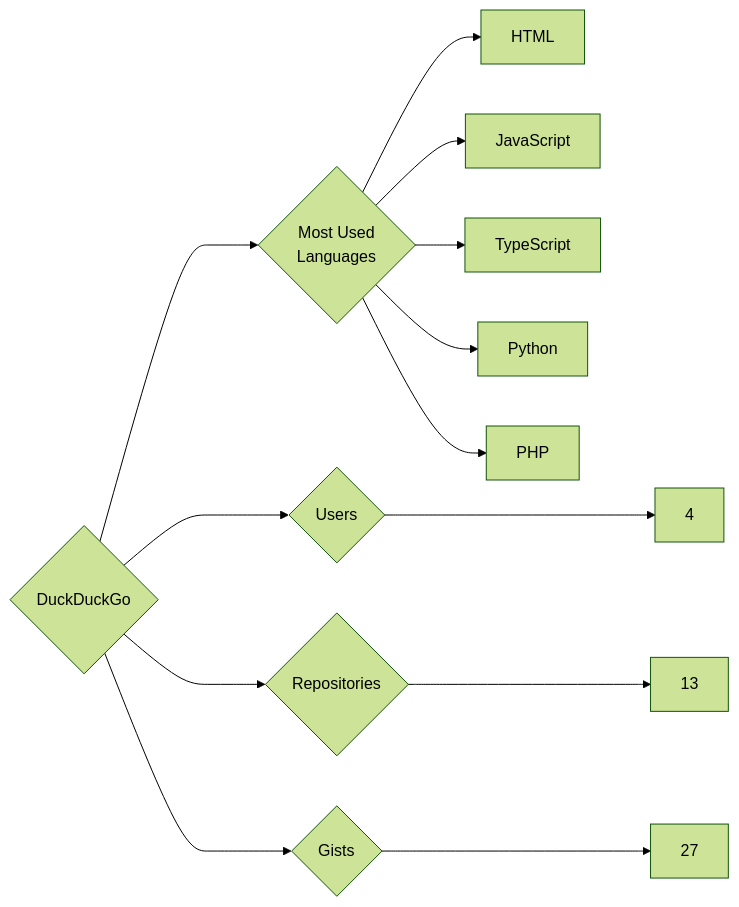
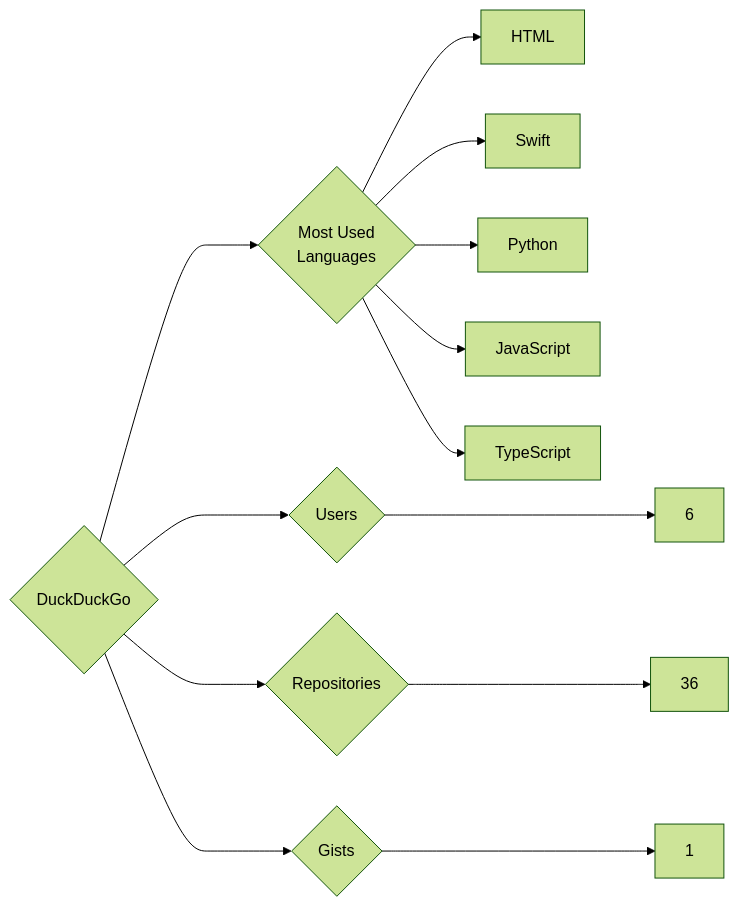
The diagram in targets/DuckDuckGo/README.md (trickest/insiders), drawn with Mermaid (forest theme) before and after one commit. The commit also changed 1123 other files, not shown here.

````diff
--- a/targets/DuckDuckGo/README.md
+++ b/targets/DuckDuckGo/README.md
@@ -3,13 +3,13 @@
 ```mermaid
 graph LR
 COMPANY_NAME{DuckDuckGo}
-COMPANY_NAME ---> U{Users} ---> UN[4]
-COMPANY_NAME ---> R{Repositories} ---> RN[13]
-COMPANY_NAME ---> G{Gists} ---> GN[27]
+COMPANY_NAME ---> U{Users} ---> UN[6]
+COMPANY_NAME ---> R{Repositories} ---> RN[36]
+COMPANY_NAME ---> G{Gists} ---> GN[1]
 COMPANY_NAME ---> ML{Most Used<br>Languages}
 ML --> HTML[HTML]
+ML --> Swift[Swift]
+ML --> Python[Python]
 ML --> JavaScript[JavaScript]
 ML --> TypeScript[TypeScript]
-ML --> Python[Python]
-ML --> PHP[PHP]
 ```
````
